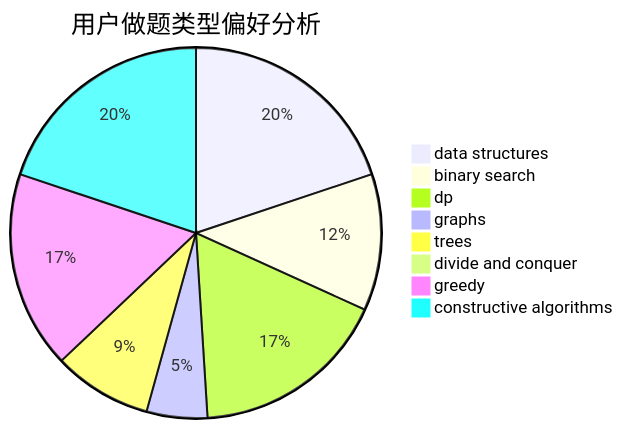
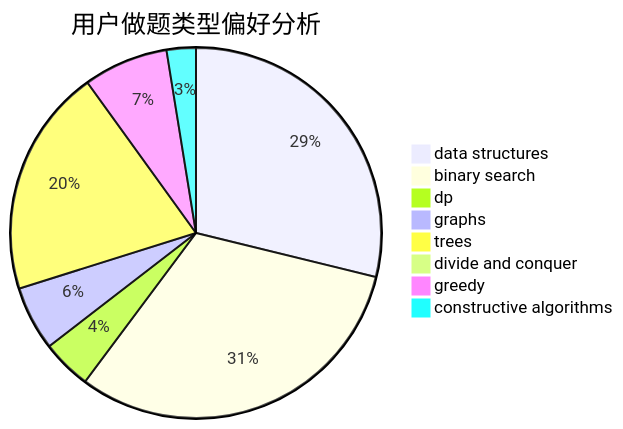
One commit to sherpahu/cfrs.github.io changed the second of 3 diagrams in docs/user/u1283.md. Above: the diagram before and after it, drawn with Mermaid. The commit also changed other lines of this file and 2770 other files, not shown here.

````diff
--- a/docs/user/u1283.md
+++ b/docs/user/u1283.md
@@ -23,11 +23,11 @@
 ```mermaid
 pie title 用户做题类型偏好分析
-    "data structures" :  30
-    "binary search" :  18
-    "dp" :  26
-    "graphs" :  8
-    "trees" :  13
-    "divide and conquer" :  0
-    "greedy" :  26
-    "constructive algorithms" :  30
+    "data structures" :  113
+    "binary search" :  123
+    "dp" :  17
+    "graphs" :  22
+    "trees" :  78
+    "divide and conquer" :  1
+    "greedy" :  29
+    "constructive algorithms" :  10
 ```
````
